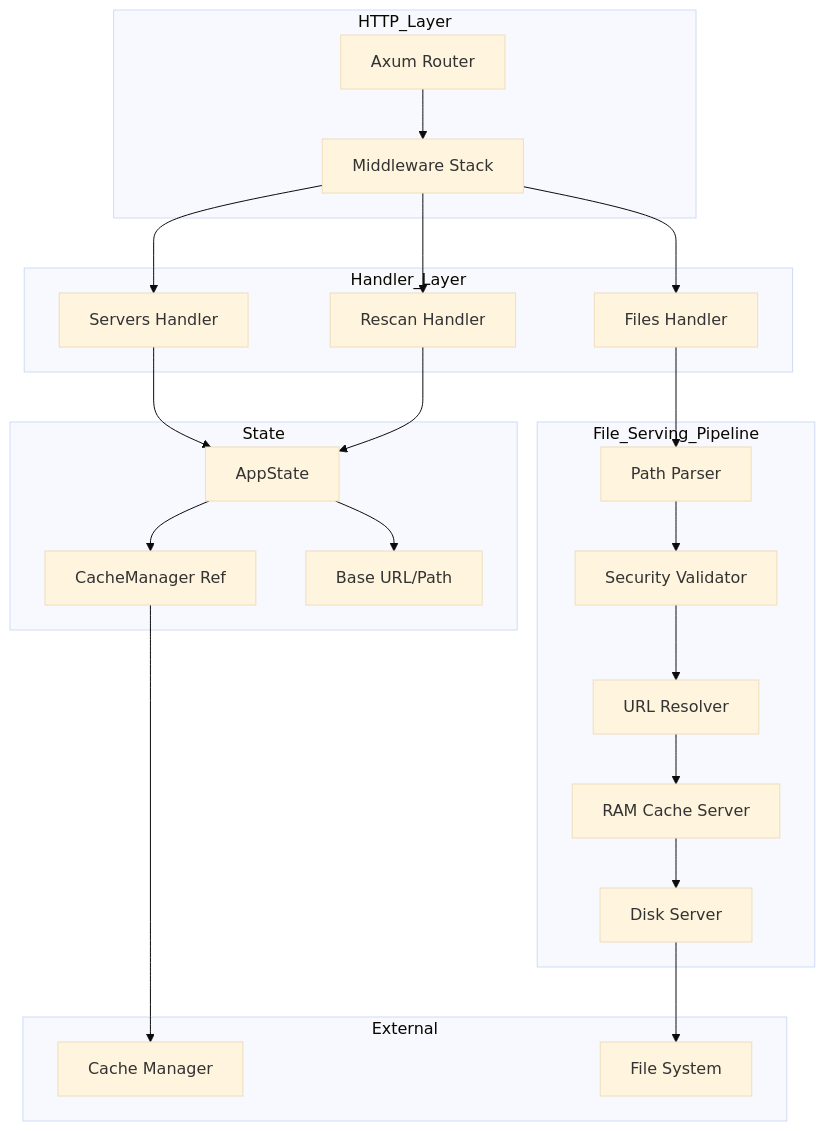
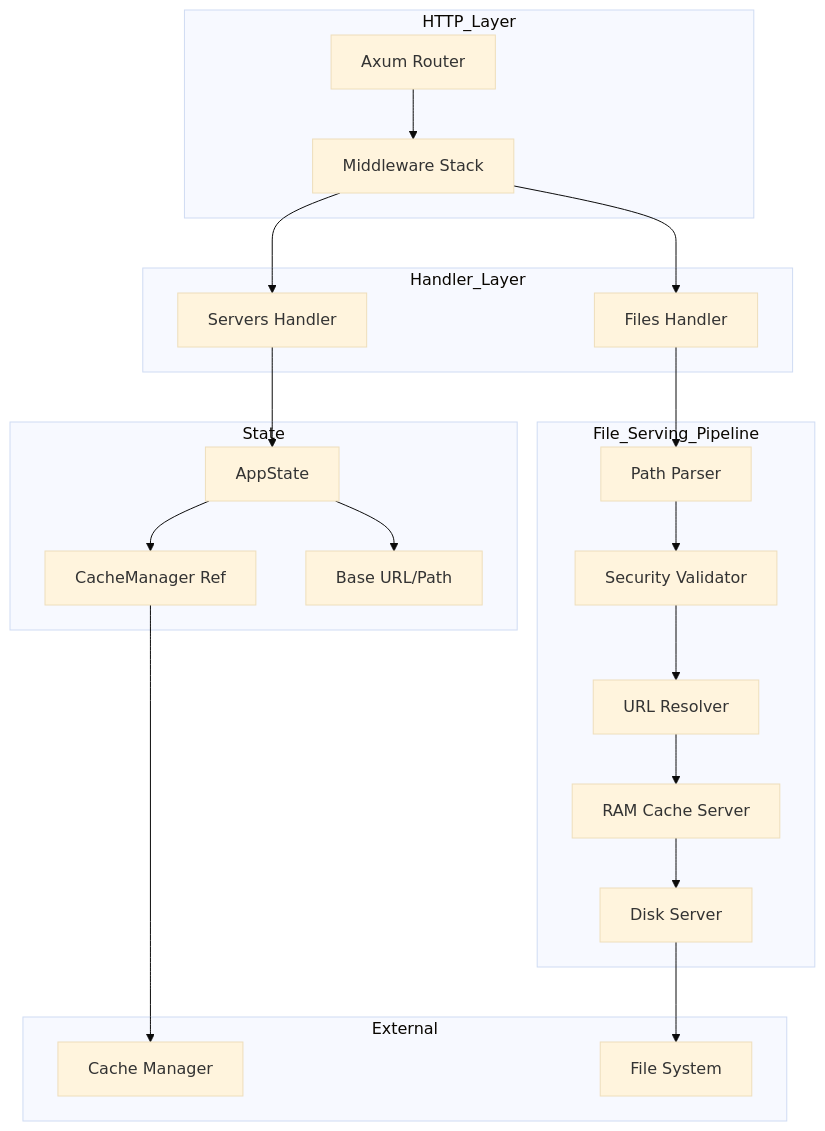
One commit to Lighty-Launcher/LightyUpdater changed the first of 3 diagrams in crates/api/docs/architecture.md. Above: the diagram before and after it, drawn with Mermaid (base theme). The commit also changed other lines of this file and 16 other files, not shown here.

````diff
--- a/crates/api/docs/architecture.md
+++ b/crates/api/docs/architecture.md
@@ -9,51 +9,48 @@
 ```mermaid
 graph TB
     subgraph HTTP_Layer
         Router[Axum Router]
         Middleware[Middleware Stack]
     end
 
     subgraph Handler_Layer
         ServersH[Servers Handler]
         FilesH[Files Handler]
-        RescanH[Rescan Handler]
     end
 
     subgraph File_Serving_Pipeline
         Parser[Path Parser]
         Validator[Security Validator]
         Resolver[URL Resolver]
         CacheServe[RAM Cache Server]
         DiskServe[Disk Server]
     end
 
     subgraph State
         AppState[AppState]
         CacheRef[CacheManager Ref]
         Config[Base URL/Path]
     end
 
     subgraph External
         Cache[Cache Manager]
         FS[File System]
     end
 
     Router --> Middleware
     Middleware --> ServersH
     Middleware --> FilesH
-    Middleware --> RescanH
 
     ServersH --> AppState
     FilesH --> Parser
-    RescanH --> AppState
 
     Parser --> Validator
     Validator --> Resolver
     Resolver --> CacheServe
     CacheServe --> DiskServe
     DiskServe --> FS
 
     AppState --> CacheRef
     AppState --> Config
     CacheRef --> Cache
 ```
````
